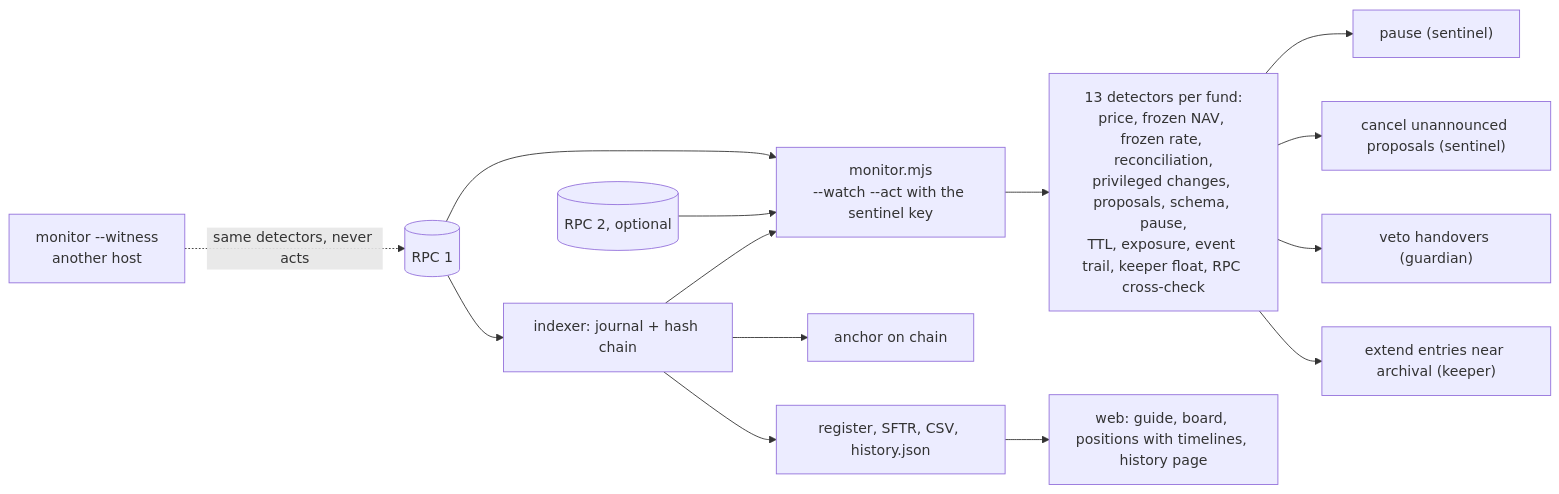
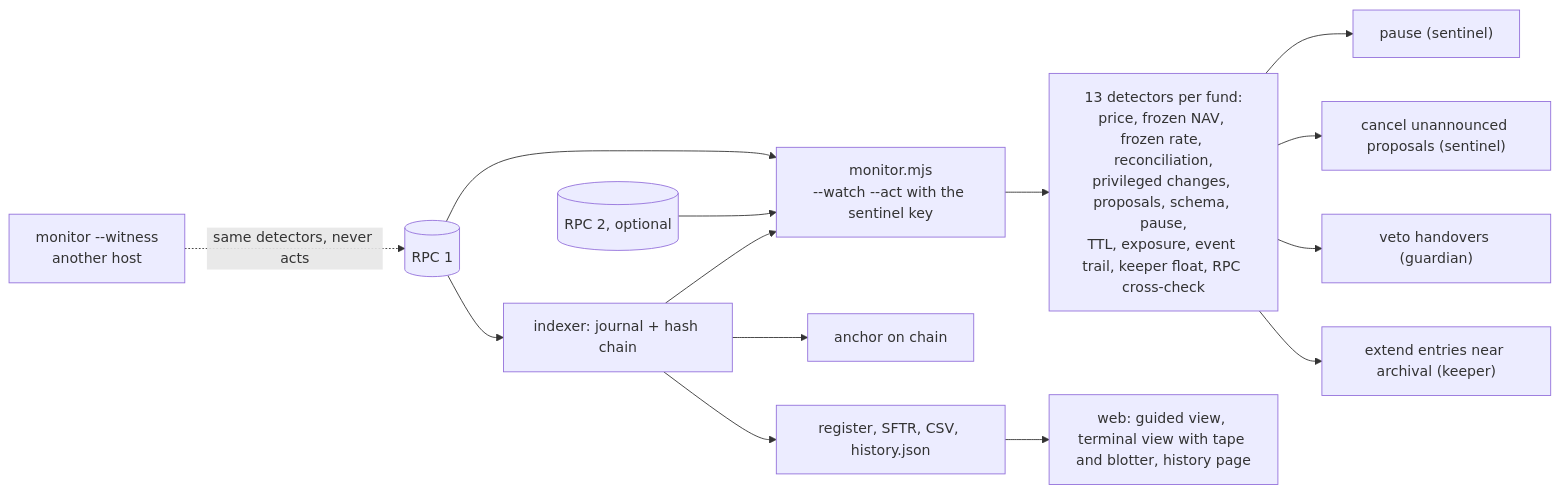
The tenth of 11 diagrams in docs/architecture.md (EricLtx/hackmeridian-2026), drawn with Mermaid before and after one commit. The commit also changed other lines of this file and 15 other files, not shown here.

First line of the commit message:
Web: a terminal view for desk users, the rc4 error codes, hidden forms stay hidden

````diff
--- a/docs/architecture.md
+++ b/docs/architecture.md
@@ -265,16 +265,16 @@
 ```mermaid
 flowchart LR
   RPC1[(RPC 1)] --> MON
   RPC2[(RPC 2, optional)] --> MON[monitor.mjs<br/>--watch --act with the sentinel key]
   MON --> DET[13 detectors per fund:<br/>price, frozen NAV, frozen rate, reconciliation,<br/>privileged changes, proposals, schema, pause,<br/>TTL, exposure, event trail, keeper float, RPC cross-check]
   DET --> A1["pause (sentinel)"]
   DET --> A2["cancel unannounced proposals (sentinel)"]
   DET --> A3["veto handovers (guardian)"]
   DET --> A4["extend entries near archival (keeper)"]
   WIT[monitor --witness<br/>another host] -. same detectors, never acts .-> RPC1
   RPC1 --> IDX[indexer: journal + hash chain]
   IDX --> ANC[anchor on chain]
   IDX --> VIEWS[register, SFTR, CSV, history.json]
-  VIEWS --> WEB[web: guide, board, positions with timelines, history page]
+  VIEWS --> WEB[web: guided view, terminal view with tape and blotter, history page]
   IDX --> MON
 ```
````
